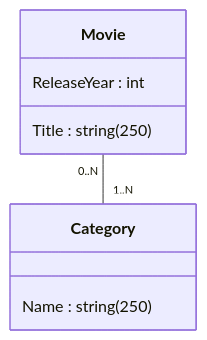
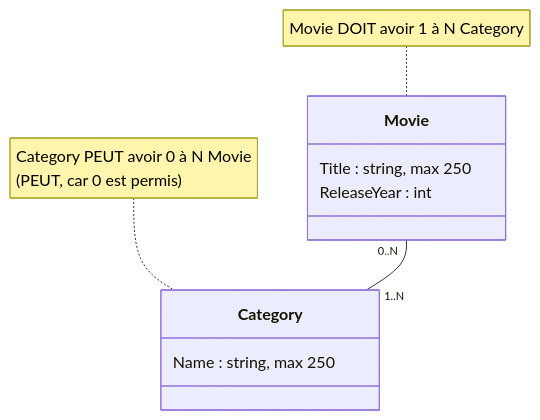
The second of 4 diagrams in web/docs/01-cours/03-rencontre2.1.md (departement-info-cem/3W6-Web-Transactionelle), drawn with Mermaid before and after one commit. The commit also changed other lines of this file and 19 other files, not shown here.

````diff
--- a/web/docs/01-cours/03-rencontre2.1.md
+++ b/web/docs/01-cours/03-rencontre2.1.md
@@ -65,12 +70,14 @@
 ```mermaid
 classDiagram
     direction TB
     class Movie {
-        Title : string(250)
+        Title : string, max 250
         ReleaseYear : int
     }
     class Category {
-        Name : string(250)
+        Name : string, max 250
     }
     Movie "0..N" -- "1..N" Category
+    note for Movie "Movie DOIT avoir 1 à N Category"
+    note for Category "Category PEUT avoir 0 à N Movie<br>(PEUT, car 0 est permis)"
 ```
````
